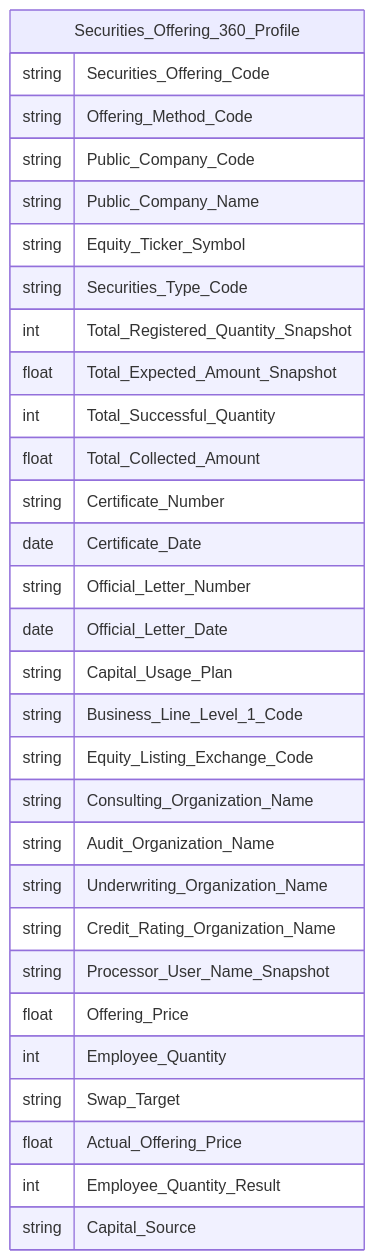
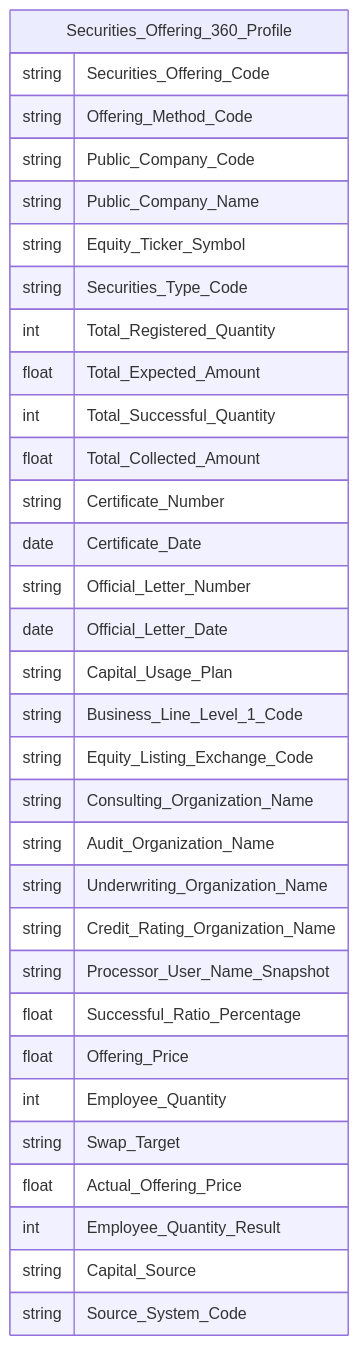
Before and after one commit to linhlvit/ubck_atomic_design: diagram 12 of 22 in Datamart/hld/DTM_QLCB_HLD.md, drawn with Mermaid. The commit also changed other lines of this file and 17 other files, not shown here.

````diff
--- a/Datamart/hld/DTM_QLCB_HLD.md
+++ b/Datamart/hld/DTM_QLCB_HLD.md
@@ -500,33 +602,35 @@
 ```mermaid
 erDiagram
     Securities_Offering_360_Profile {
         string Securities_Offering_Code
         string Offering_Method_Code
         string Public_Company_Code
         string Public_Company_Name
         string Equity_Ticker_Symbol
         string Securities_Type_Code
-        int Total_Registered_Quantity_Snapshot
-        float Total_Expected_Amount_Snapshot
+        int Total_Registered_Quantity
+        float Total_Expected_Amount
         int Total_Successful_Quantity
         float Total_Collected_Amount
         string Certificate_Number
         date Certificate_Date
         string Official_Letter_Number
         date Official_Letter_Date
         string Capital_Usage_Plan
         string Business_Line_Level_1_Code
         string Equity_Listing_Exchange_Code
         string Consulting_Organization_Name
         string Audit_Organization_Name
         string Underwriting_Organization_Name
         string Credit_Rating_Organization_Name
         string Processor_User_Name_Snapshot
+        float Successful_Ratio_Percentage
         float Offering_Price
         int Employee_Quantity
         string Swap_Target
         float Actual_Offering_Price
         int Employee_Quantity_Result
         string Capital_Source
+        string Source_System_Code
     }
 ```
````
